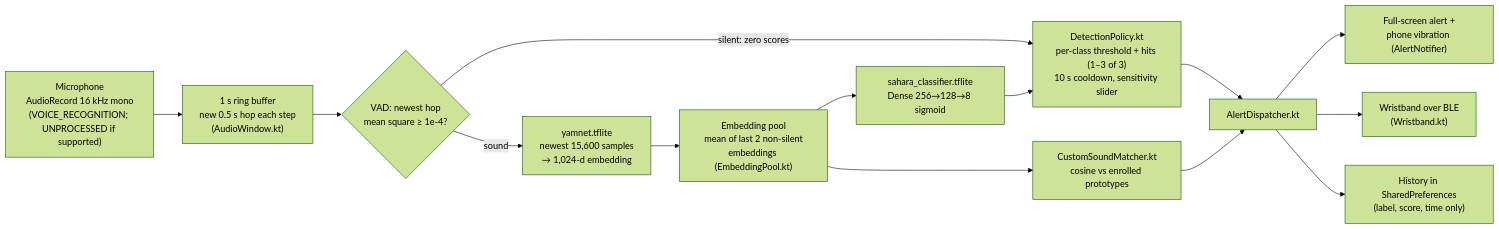
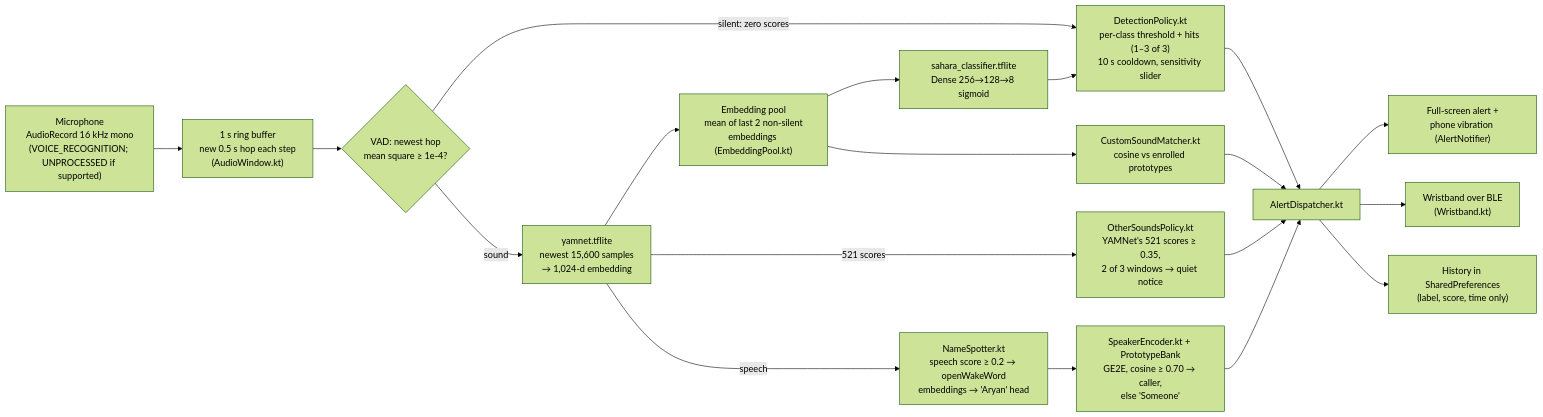
The first of 3 diagrams in docs/architecture.md (Rajsingh404/Sahara), drawn with Mermaid (forest theme) before and after one commit. The commit also changed other lines of this file and 16 other files, not shown here.

````diff
--- a/docs/architecture.md
+++ b/docs/architecture.md
@@ -9,23 +9,28 @@
 ```mermaid
 flowchart LR
     mic["Microphone<br/>AudioRecord 16 kHz mono<br/>(VOICE_RECOGNITION; UNPROCESSED if supported)"]
     ring["1 s ring buffer<br/>new 0.5 s hop each step<br/>(AudioWindow.kt)"]
     vad{"VAD: newest hop<br/>mean square ≥ 1e-4?"}
     yam["yamnet.tflite<br/>newest 15,600 samples<br/>→ 1,024-d embedding"]
     pool["Embedding pool<br/>mean of last 2 non-silent<br/>embeddings (EmbeddingPool.kt)"]
     head["sahara_classifier.tflite<br/>Dense 256→128→8 sigmoid"]
     policy["DetectionPolicy.kt<br/>per-class threshold + hits (1–3 of 3)<br/>10 s cooldown, sensitivity slider"]
     custom["CustomSoundMatcher.kt<br/>cosine vs enrolled prototypes"]
+    other["OtherSoundsPolicy.kt<br/>YAMNet's 521 scores ≥ 0.35,<br/>2 of 3 windows → quiet notice"]
+    name["NameSpotter.kt<br/>speech score ≥ 0.2 → openWakeWord<br/>embeddings → 'Aryan' head"]
+    who["SpeakerEncoder.kt + PrototypeBank<br/>GE2E, cosine ≥ 0.70 → caller,<br/>else 'Someone'"]
     alert["AlertDispatcher.kt"]
     screen["Full-screen alert +<br/>phone vibration (AlertNotifier)"]
     band["Wristband over BLE<br/>(Wristband.kt)"]
     hist["History in SharedPreferences<br/>(label, score, time only)"]
 
     mic --> ring --> vad
     vad -- "silent: zero scores" --> policy
     vad -- "sound" --> yam --> pool --> head --> policy --> alert
     pool --> custom --> alert
+    yam -- "521 scores" --> other --> alert
+    yam -- "speech" --> name --> who --> alert
     alert --> screen
     alert --> band
     alert --> hist
 ```
````
